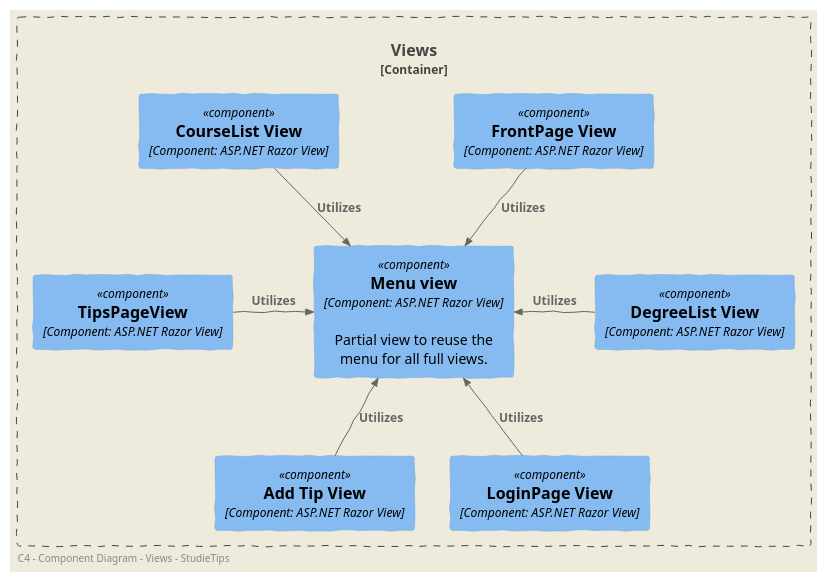
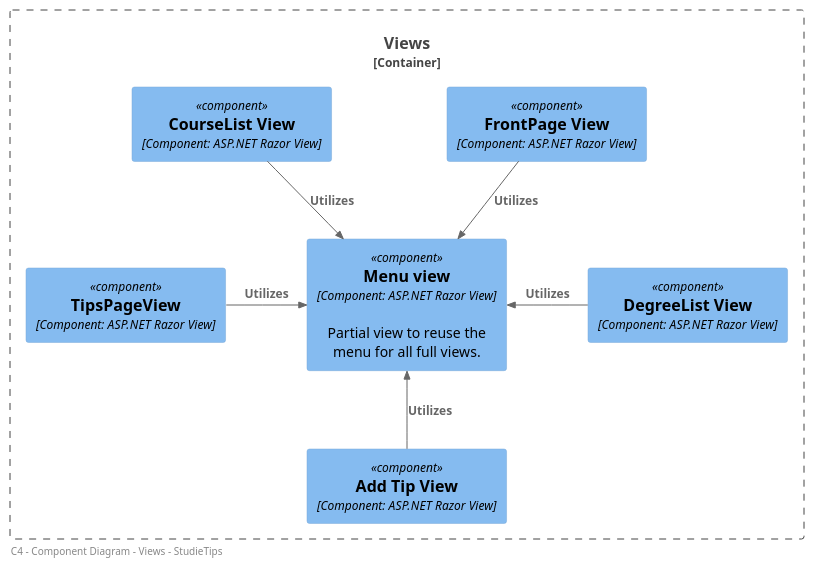
One commit to I4PRJ4/I4PRJ4-plantuml changed the diagram in C4/C4-Level3/Component-Views.puml. Above: the diagram before and after it, drawn with PlantUML. The commit also changed 4 other files, not shown here.

```diff
--- a/C4/C4-Level3/Component-Views.puml
+++ b/C4/C4-Level3/Component-Views.puml
@@ -1,29 +1,26 @@
-@startuml
+@startuml Component Diagram Views
 !include <C4/C4_Container>
 !include <C4/C4_Component>
-LAYOUT_AS_SKETCH()
 
 left footer "   C4 - Component Diagram - Views - StudieTips"
 
 Container_Boundary(Views,"Views",""){
     Component(View1, "FrontPage View", "Component: ASP.NET Razor View")
     Component(View2, "DegreeList View", "Component: ASP.NET Razor View")
     Component(View3, "CourseList View", "Component: ASP.NET Razor View")
     Component(View4, "TipsPageView", "Component: ASP.NET Razor View")
     Component(View5, "Add Tip View", "Component: ASP.NET Razor View")
-    Component(View6, "LoginPage View", "Component: ASP.NET Razor View")
     Component(View7, "Menu view", "Component: ASP.NET Razor View", "Partial view to reuse the menu for all full views.")
     
     
 } 
 
 Lay_D(View1,View2)
 Lay_D(View3,View4)
 
 Rel_R(View1,View7,"Utilizes")
 Rel_R(View2,View7,"Utilizes")
 Rel_R(View3,View7,"Utilizes")
 Rel_R(View4,View7,"Utilizes")
 Rel_U(View5,View7,"Utilizes")
-Rel_U(View6,View7,"Utilizes")
 @enduml
```
